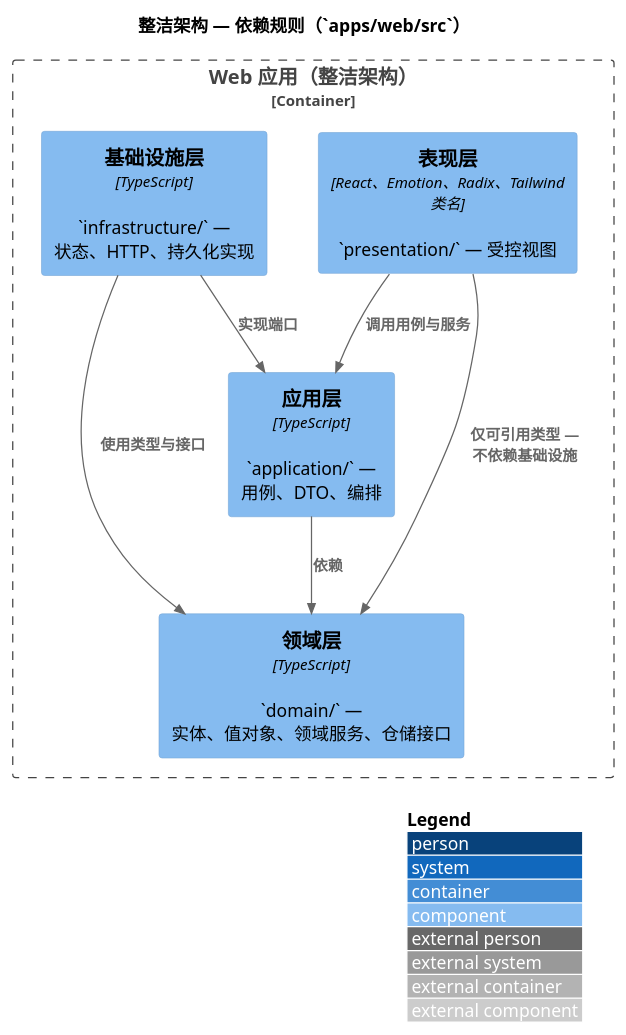
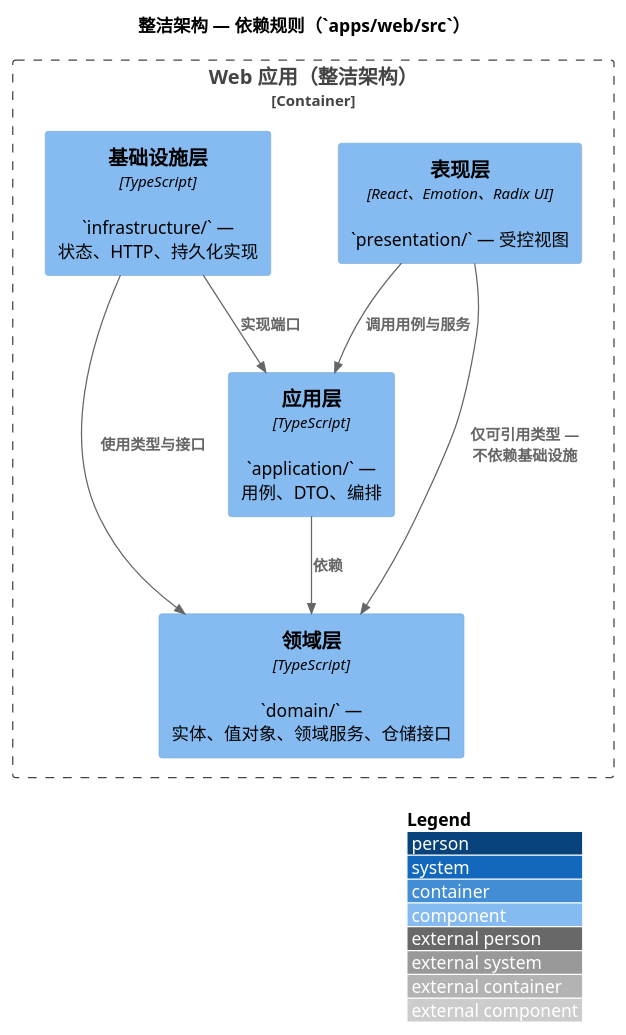
Before and after one commit to felixzhu97/low-code-platform: the diagram in docs/zh/architecture/c4/c4-clean-architecture.puml, drawn with PlantUML. The commit also changed 69 other files, not shown here.

First line of the commit message:
refactor: enhance UI components, data binding, and architecture docs

```diff
--- a/docs/zh/architecture/c4/c4-clean-architecture.puml
+++ b/docs/zh/architecture/c4/c4-clean-architecture.puml
@@ -1,21 +1,21 @@
 @startuml c4-clean-architecture-felix-zh
 !include https://raw.githubusercontent.com/plantuml-stdlib/C4-PlantUML/master/C4_Component.puml
 
 LAYOUT_WITH_LEGEND()
 
 title 整洁架构 — 依赖规则（`apps/web/src`）
 
 Container_Boundary(web, "Web 应用（整洁架构）") {
-    Component(presentation, "表现层", "React、Emotion、Radix、Tailwind 类名", "`presentation/` — 受控视图")
+    Component(presentation, "表现层", "React、Emotion、Radix UI", "`presentation/` — 受控视图")
     Component(application, "应用层", "TypeScript", "`application/` — 用例、DTO、编排")
     Component(domain, "领域层", "TypeScript", "`domain/` — 实体、值对象、领域服务、仓储接口")
     Component(infrastructure, "基础设施层", "TypeScript", "`infrastructure/` — 状态、HTTP、持久化实现")
 }
 
 Rel(presentation, application, "调用用例与服务")
 Rel(application, domain, "依赖")
 Rel(infrastructure, application, "实现端口")
 Rel(infrastructure, domain, "使用类型与接口")
 Rel(presentation, domain, "仅可引用类型 — 不依赖基础设施")
 
 @enduml
```
